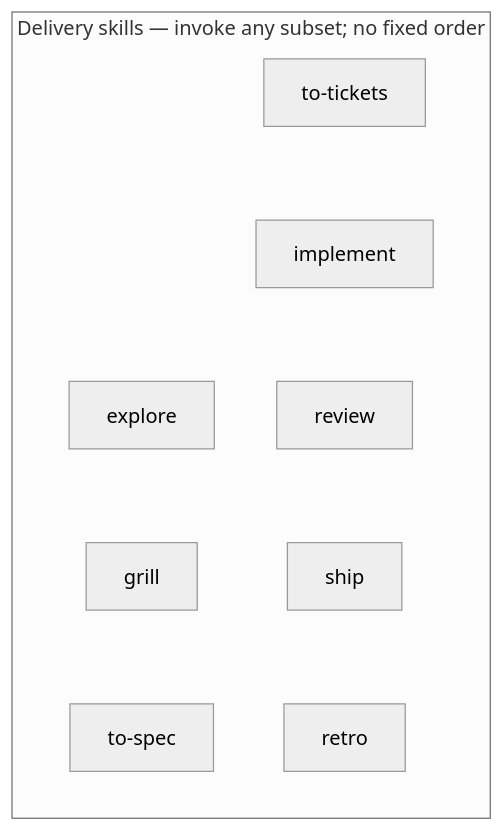
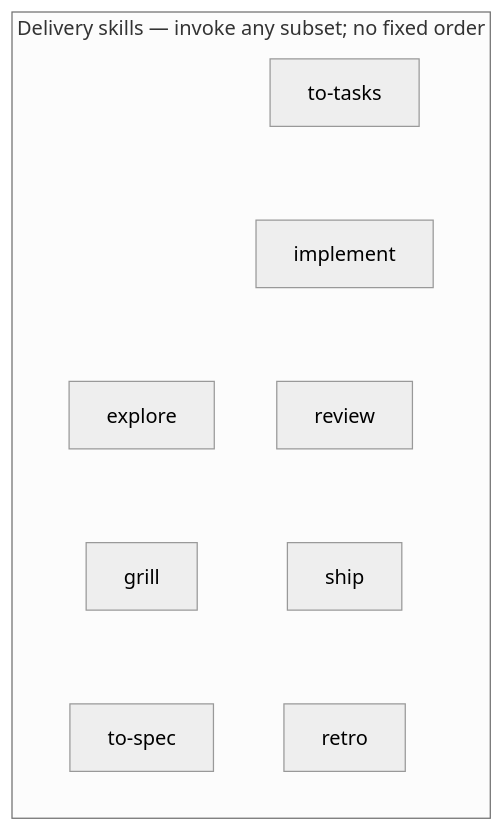
One commit to gaboesquivel/flow-skills changed the diagram in docs/skills.md. Above: the diagram before and after it, drawn with Mermaid (neutral theme). The commit also changed other lines of this file and 39 other files, not shown here.

````diff
--- a/docs/skills.md
+++ b/docs/skills.md
@@ -17,8 +17,8 @@
 ```mermaid
 flowchart LR
   subgraph delivery["Delivery skills — invoke any subset; no fixed order"]
     direction TB
     explore ~~~ grill ~~~ toSpec[to-spec]
-    toTickets[to-tickets] ~~~ implement ~~~ review ~~~ ship ~~~ retro
+    toTasks[to-tasks] ~~~ implement ~~~ review ~~~ ship ~~~ retro
   end
 ```
````
